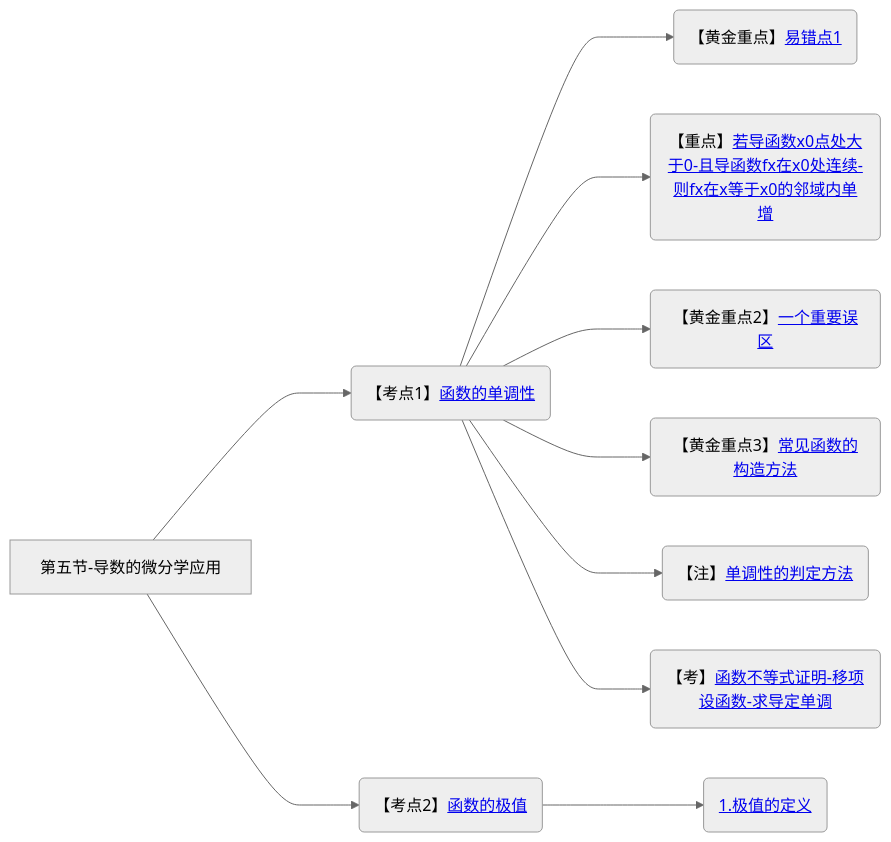
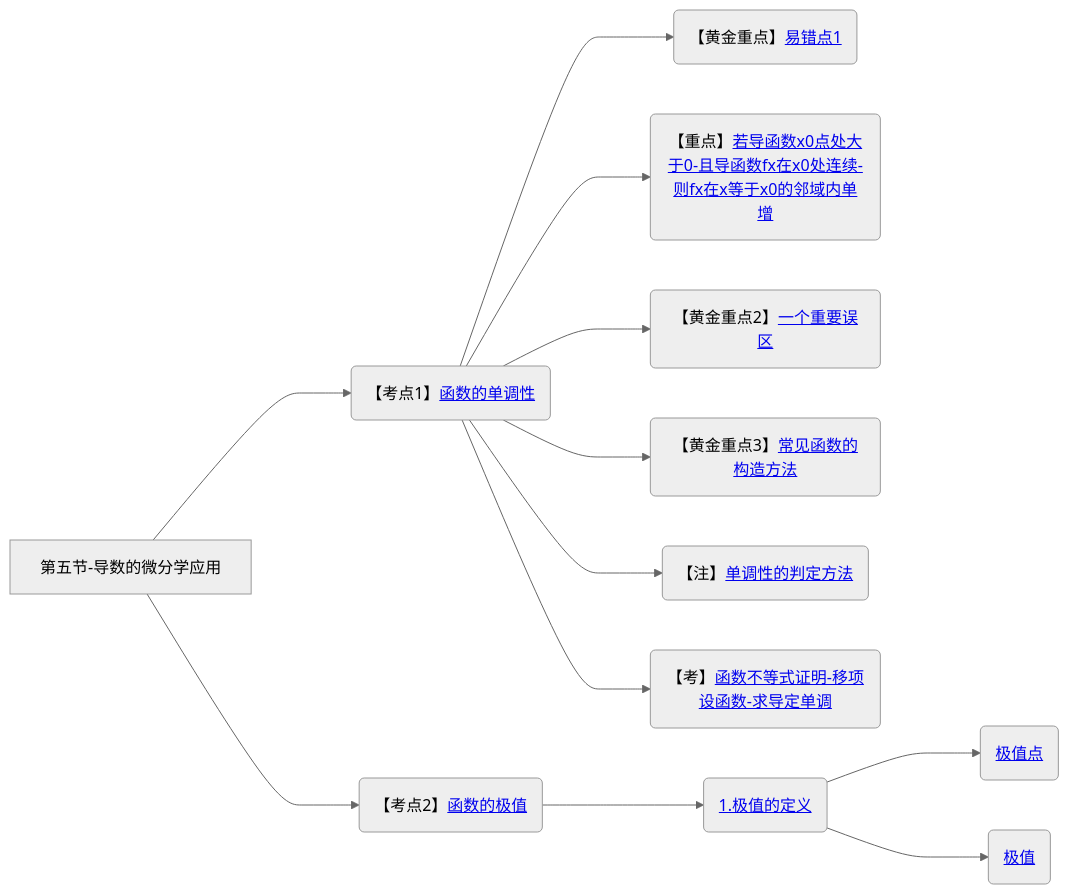
One commit to yuebinghui/note changed diagram 15 of 15 in 笔记/数学/周洋鑫/01.基础班思维导图.md. Above: the diagram before and after it, drawn with Mermaid (neutral theme). The commit also changed 8 other files, not shown here.

````diff
--- a/笔记/数学/周洋鑫/01.基础班思维导图.md
+++ b/笔记/数学/周洋鑫/01.基础班思维导图.md
@@ -530,15 +530,17 @@
 ```mermaid
 graph LR
 第五节-导数的微分学应用
 
 第五节-导数的微分学应用--->函数的单调性(【考点1】<a href="/Users/yuebinghui/Documents/program/github/note/笔记/数学/周洋鑫/基础班/15.导数的微分学应用_1.md#函数的单调性">函数的单调性</>)
 函数的单调性--->易错点1(【黄金重点】<a href="/Users/yuebinghui/Documents/program/github/note/笔记/数学/周洋鑫/基础班/15.导数的微分学应用_1.md#易错点1">易错点1</>)
 函数的单调性--->若导函数x0点处大于0-且导函数fx在x0处连续-则fx在x等于x0的邻域内单增(【重点】<a href="/Users/yuebinghui/Documents/program/github/note/笔记/数学/周洋鑫/基础班/15.导数的微分学应用_1.md#若导函数x0点处大于0-且导函数fx在x0处连续-则fx在x等于x0的邻域内单增">若导函数x0点处大于0-且导函数fx在x0处连续-则fx在x等于x0的邻域内单增</>)
 函数的单调性--->一个重要误区(【黄金重点2】<a href="/Users/yuebinghui/Documents/program/github/note/笔记/数学/周洋鑫/基础班/15.导数的微分学应用_1.md#一个重要误区">一个重要误区</>)
 函数的单调性--->常见函数的构造方法(【黄金重点3】<a href="/Users/yuebinghui/Documents/program/github/note/笔记/数学/周洋鑫/基础班/15.导数的微分学应用_1.md#常见函数的构造方法">常见函数的构造方法</>)
 函数的单调性--->单调性的判定方法(【注】<a href="/Users/yuebinghui/Documents/program/github/note/笔记/数学/周洋鑫/基础班/15.导数的微分学应用_1.md#单调性的判定方法">单调性的判定方法</>)
 函数的单调性--->函数不等式证明-移项设函数-求导定单调(【考】<a href="/Users/yuebinghui/Documents/program/github/note/笔记/数学/周洋鑫/基础班/15.导数的微分学应用_1.md#函数不等式证明-移项设函数-求导定单调">函数不等式证明-移项设函数-求导定单调</>)
 
 第五节-导数的微分学应用--->函数的极值(【考点2】<a href="/Users/yuebinghui/Documents/program/github/note/笔记/数学/周洋鑫/基础班/16.导数的微分学应用_2.md#函数的极值">函数的极值</>)
 函数的极值--->1.极值的定义(<a href="/Users/yuebinghui/Documents/program/github/note/笔记/数学/周洋鑫/基础班/16.导数的微分学应用_2.md#1.极值的定义">1.极值的定义</>)
+1.极值的定义--->极值点(<a href="/Users/yuebinghui/Documents/program/github/note/笔记/数学/周洋鑫/基础班/16.导数的微分学应用_2.md#极值点">极值点</>)
+1.极值的定义--->极值(<a href="/Users/yuebinghui/Documents/program/github/note/笔记/数学/周洋鑫/基础班/16.导数的微分学应用_2.md#极值">极值</>)
 ```
````
